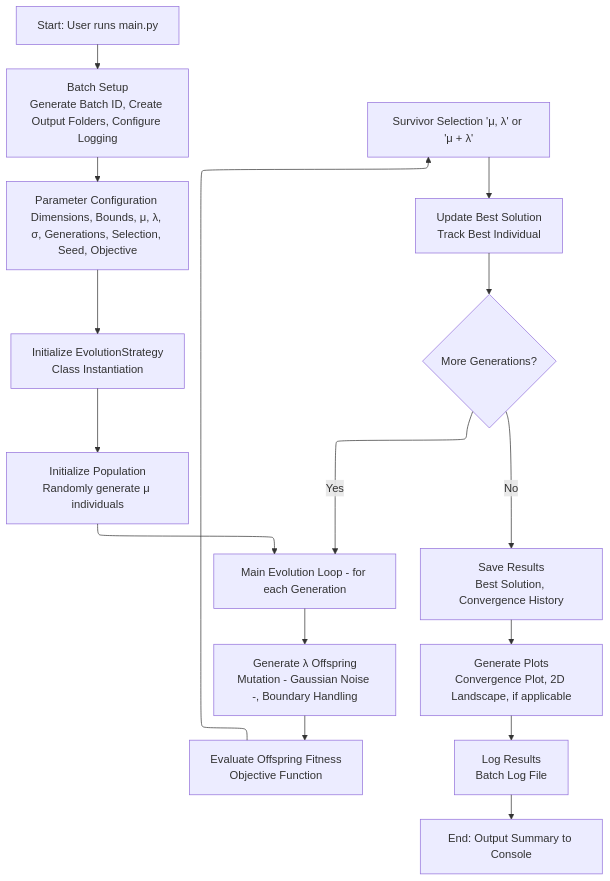
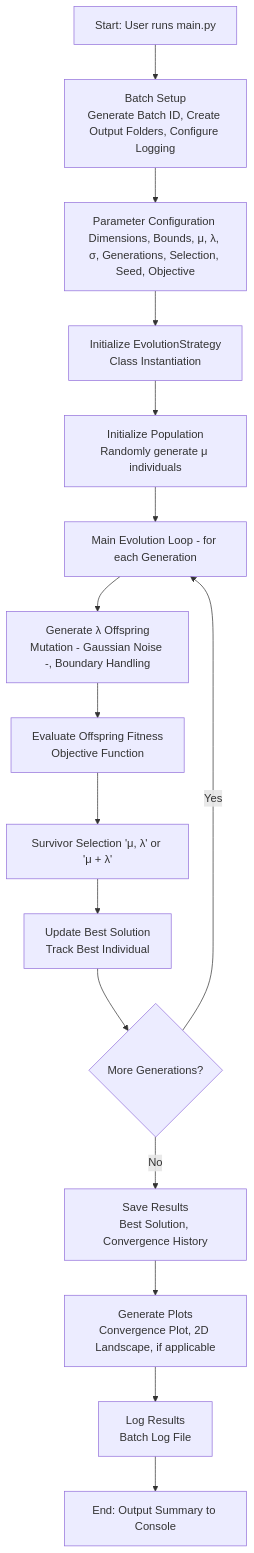
The first of 2 diagrams in diagram.md (Romerolweb/COIT29224-EvolutionStrategy), drawn with Mermaid before and after one commit. The commit also changed other lines of this file, not shown here.

Commit message:
Chor: Update diagram.md to enhance flowchart clarity and detail for Evolution Strategy; remove outdated config and add new steps for better understanding.

````diff
--- a/diagram.md
+++ b/diagram.md
@@ -1,25 +3,21 @@
 ```mermaid
----
-config:
-  layout: elk
-  theme: default
----
+
 flowchart TD
     A["Start: User runs main.py"] --> B["Batch Setup<br>Generate Batch ID, Create Output Folders, Configure Logging"]
     B --> C["Parameter Configuration Dimensions, Bounds, μ, λ, σ, Generations, Selection, Seed, Objective"]
     C --> D["Initialize EvolutionStrategy<br>Class Instantiation"]
     D --> E["Initialize Population<br>Randomly generate μ individuals"]
     E --> F["Main Evolution Loop - for each Generation"]
     F --> G["Generate λ Offspring<br>Mutation - Gaussian Noise -, Boundary Handling"]
     G --> H["Evaluate Offspring Fitness<br>Objective Function"]
     H --> I@{ label: "Survivor Selection 'μ, λ' or 'μ + λ'" }
     I --> J["Update Best Solution<br>Track Best Individual"]
     J --> K{"More Generations?"}
     K -- Yes --> F
     K -- No --> L["Save Results<br>Best Solution, Convergence History"]
     L --> M["Generate Plots<br>Convergence Plot, 2D Landscape, if applicable"]
     M --> N["Log Results<br>Batch Log File"]
     N --> O["End: Output Summary to Console"]
     I@{ shape: rect}
 
 ```
````
